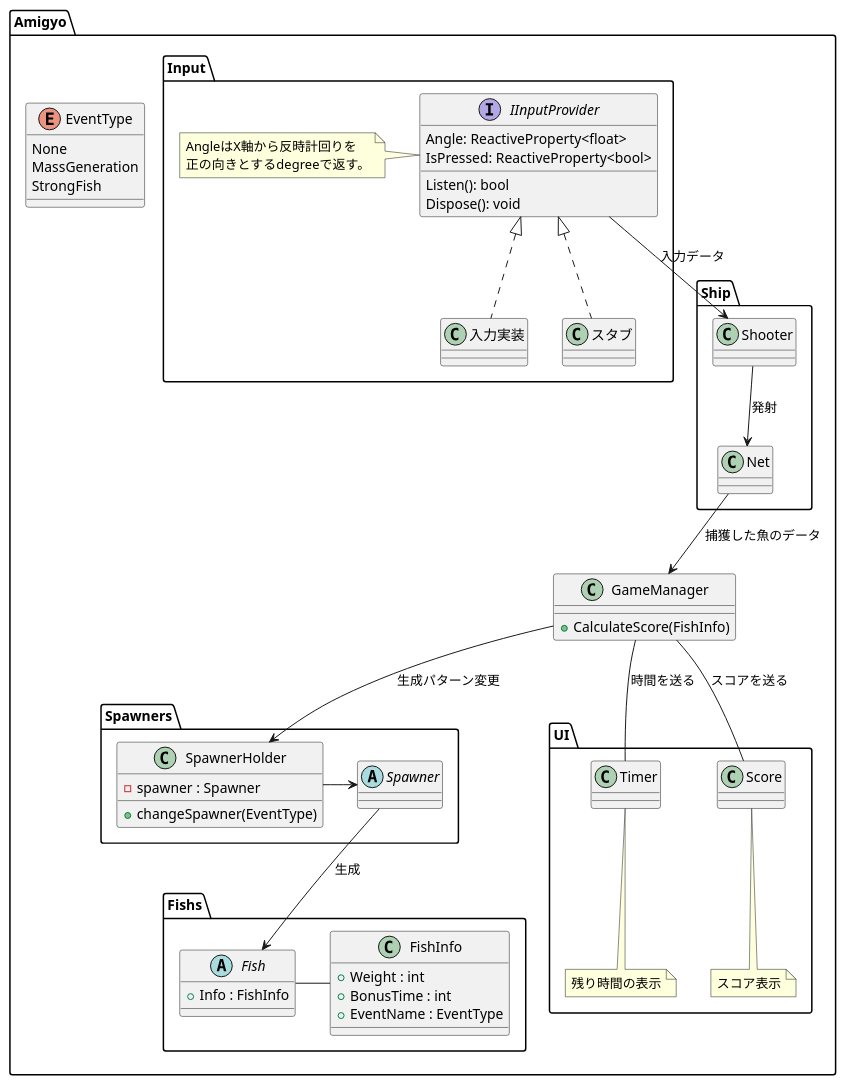
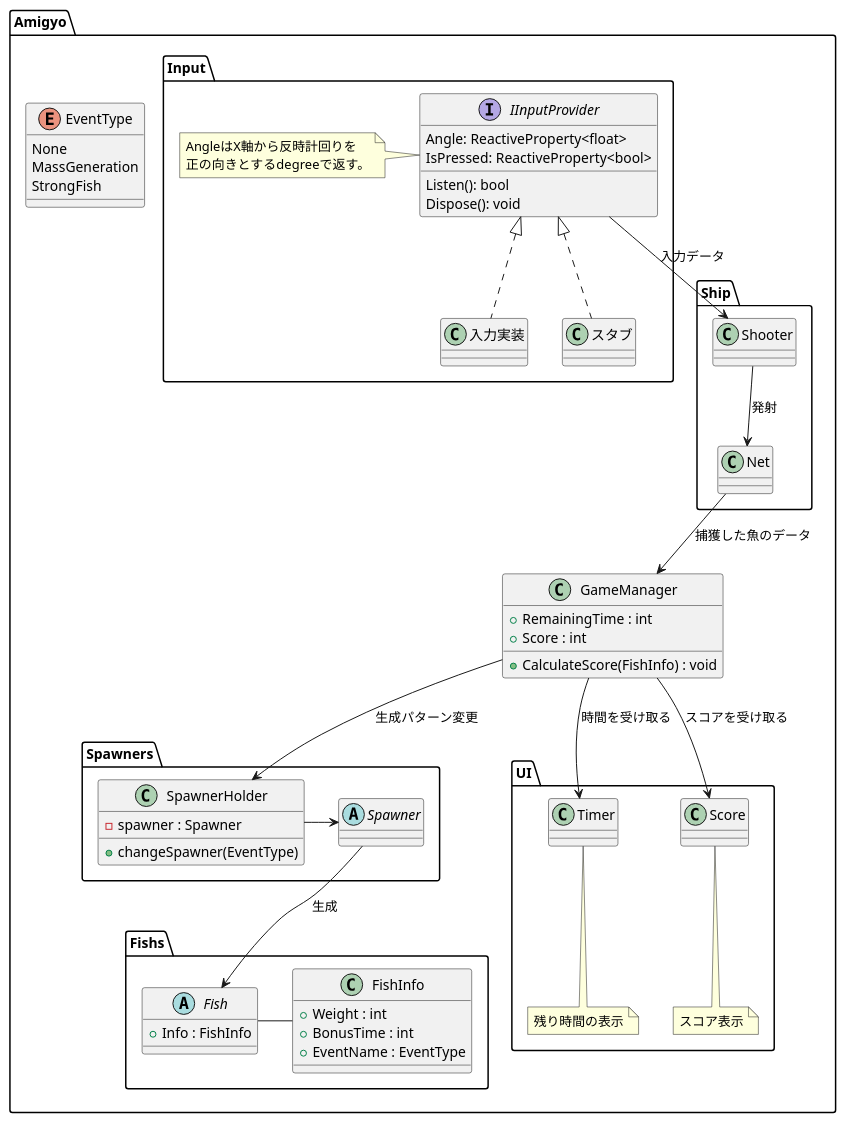
One commit to pumpkin1126/ami-gyo changed the diagram in docs/ソフトウェアクラス図.plantuml. Above: the diagram before and after it, drawn with PlantUML. The commit also changed 1 other file, not shown here.

Commit message:
GameManagerにpublic変数追加

```diff
--- a/docs/ソフトウェアクラス図.plantuml
+++ b/docs/ソフトウェアクラス図.plantuml
@@ -1,86 +1,88 @@
 @startuml Amigyo-class
 
 namespace Amigyo {
 
     namespace Input {
         interface IInputProvider {
             Angle: ReactiveProperty<float>
             IsPressed: ReactiveProperty<bool>
             Listen(): bool
             Dispose(): void
         }
         note left
         AngleはX軸から反時計回りを
         正の向きとするdegreeで返す。
         end note
 
         IInputProvider <|.. 入力実装
         IInputProvider <|.. スタブ
     }
 
     namespace Spawners{
         class SpawnerHolder{
             - spawner : Spawner
             + changeSpawner(EventType)
         }
 
         abstract class Spawner{
 
         }
 
         SpawnerHolder -> Spawner
     }
 
     namespace Fishs{
         class FishInfo{
             + Weight : int
             + BonusTime : int
             + EventName : EventType
         }
 
         abstract class Fish{
             + Info : FishInfo
         }
     }
 
     class GameManager{
-        + CalculateScore(FishInfo)
+        + RemainingTime : int
+        + Score : int
+        + CalculateScore(FishInfo) : void
     }
 
     enum EventType{
         None
         MassGeneration
         StrongFish
     }
 
     namespace UI{
 
         class Timer{
 
         }
         note bottom : 残り時間の表示
 
         class Score{
 
         }
         note bottom : スコア表示
     }
 
     namespace Ship{
         class Shooter{
 
         }
         class Net
 
         Shooter --> Net : 発射
     }
 
-    GameManager -- Amigyo.UI.Timer : 時間を送る
-    GameManager -- Amigyo.UI.Score : スコアを送る
+    GameManager --> Amigyo.UI.Timer : 時間を受け取る
+    GameManager --> Amigyo.UI.Score : スコアを受け取る
     GameManager --> Amigyo.Spawners.SpawnerHolder : 生成パターン変更
     Amigyo.Ship.Net --> GameManager : 捕獲した魚のデータ
     Amigyo.Input.IInputProvider --> Amigyo.Ship.Shooter : 入力データ
     Amigyo.Spawners.Spawner --> Amigyo.Fishs.Fish : 生成
     Amigyo.Fishs.Fish - Amigyo.Fishs.FishInfo
 }
 @enduml
```
